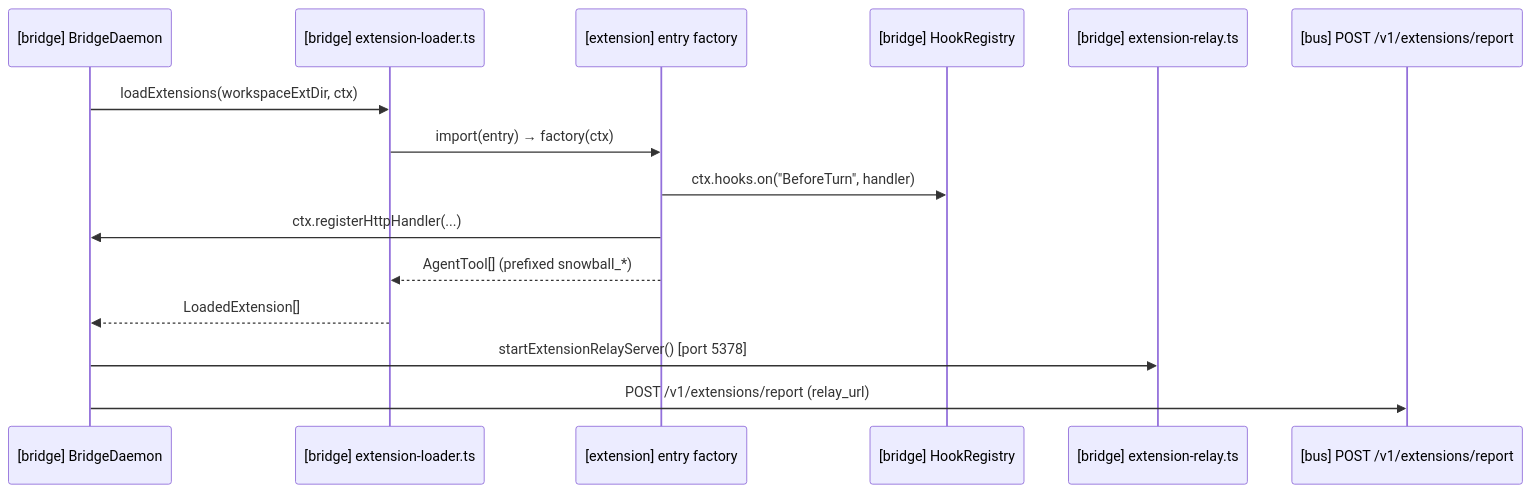
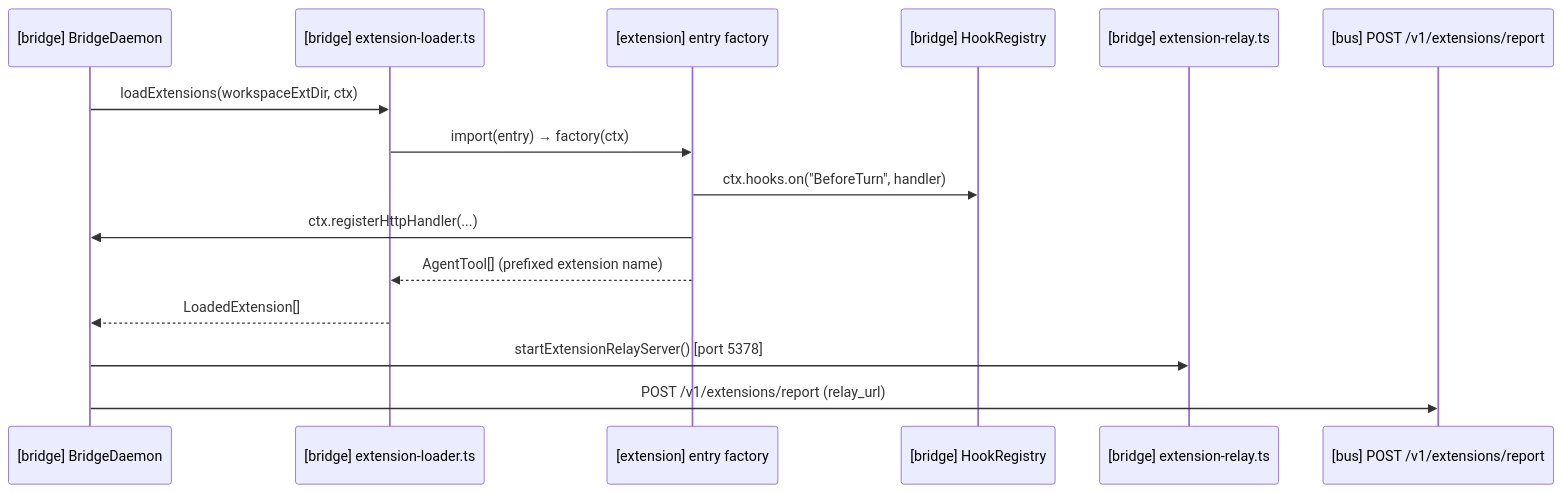
Before and after one commit to floe-ai/floe-subtrate: the sixth of 8 diagrams in docs/architecture/overview.md, drawn with Mermaid. The commit also changed other lines of this file and 2 other files, not shown here.

First line of the commit message:
docs: separate extension documentation from substrate

````diff
--- a/docs/architecture/overview.md
+++ b/docs/architecture/overview.md
@@ -224,18 +224,18 @@
 ```mermaid
 sequenceDiagram
     participant BD as [bridge] BridgeDaemon
     participant EL as [bridge] extension-loader.ts
     participant EXT as [extension] entry factory
     participant HR as [bridge] HookRegistry
     participant RL as [bridge] extension-relay.ts
     participant BUS as [bus] POST /v1/extensions/report
 
     BD->>EL: loadExtensions(workspaceExtDir, ctx)
     EL->>EXT: import(entry) → factory(ctx)
     EXT->>HR: ctx.hooks.on("BeforeTurn", handler)
     EXT->>BD: ctx.registerHttpHandler(...)
-    EXT-->>EL: AgentTool[] (prefixed snowball_*)
+    EXT-->>EL: AgentTool[] (prefixed extension name)
     EL-->>BD: LoadedExtension[]
     BD->>RL: startExtensionRelayServer() [port 5378]
     BD->>BUS: POST /v1/extensions/report (relay_url)
 ```
````
